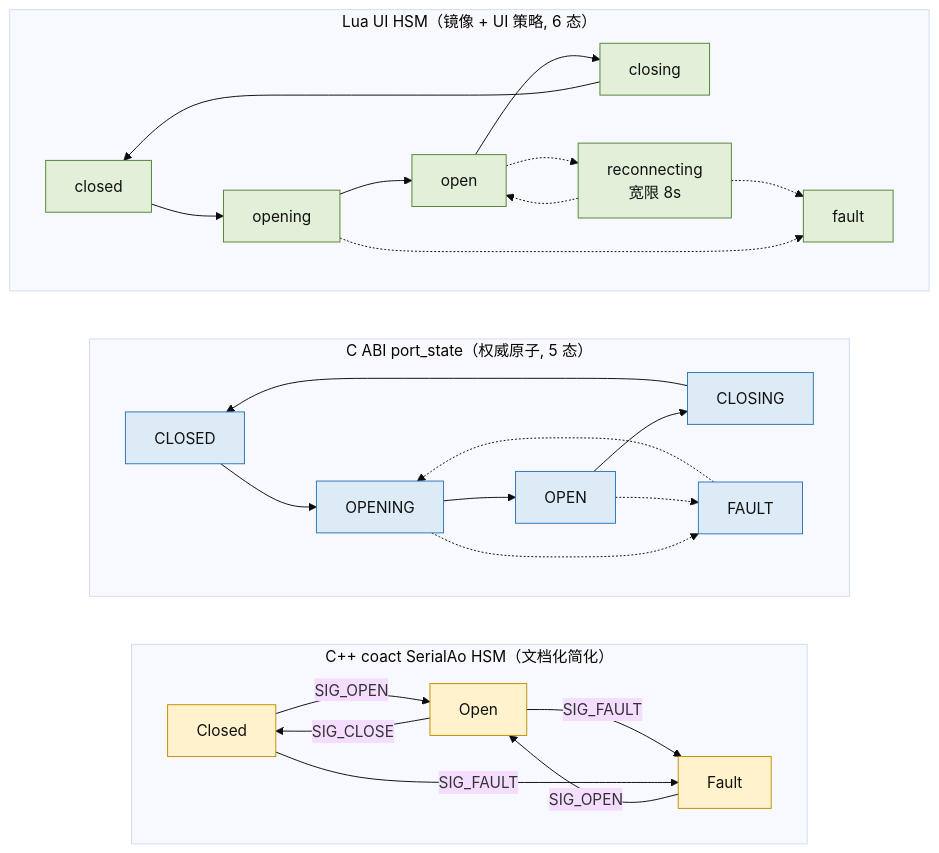
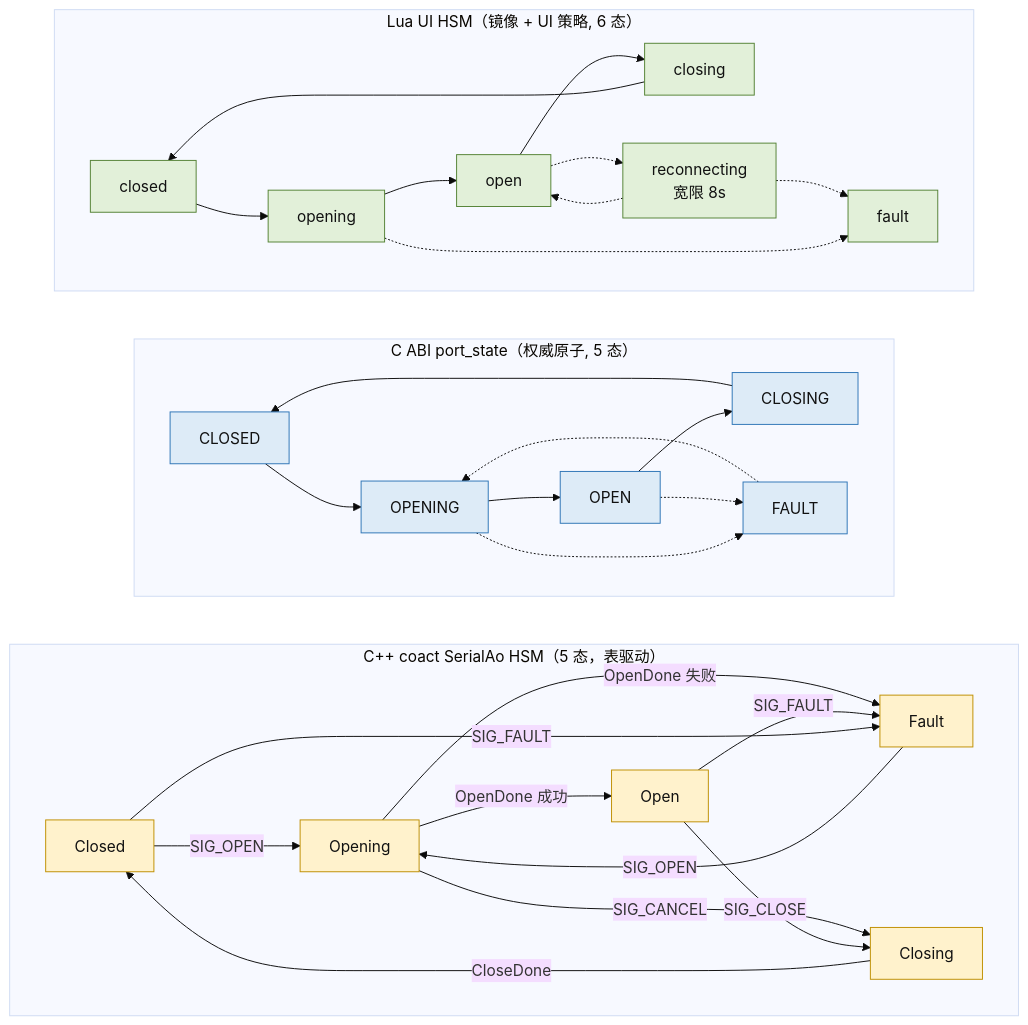
The third of 5 diagrams in docs/architecture.md (DeguiLiu/xcom_lua), drawn with Mermaid before and after one commit. The commit also changed other lines of this file and 19 other files, not shown here.

````diff
--- a/docs/architecture.md
+++ b/docs/architecture.md
@@ -153,31 +155,35 @@
 ```mermaid
 %%{init: {'theme':'base','themeVariables':{'fontFamily':'monospace'}}}%%
 flowchart LR
   classDef hsm fill:#FFF2CC,stroke:#BF8F00,color:#111
   classDef abi fill:#DDEBF7,stroke:#2E75B6,color:#111
   classDef ui fill:#E2F0D9,stroke:#548235,color:#111
 
-  subgraph A["C++ coact SerialAo HSM（文档化简化）"]
+  subgraph A["C++ coact SerialAo HSM（5 态，表驱动）"]
     direction LR
-    SC["Closed"]:::hsm -->|SIG_OPEN| SO["Open"]:::hsm
-    SO -->|SIG_CLOSE| SC
-    SO -->|SIG_FAULT| SF["Fault"]:::hsm
+    SC["Closed"]:::hsm -->|SIG_OPEN| SO["Opening"]:::hsm
+    SO -->|OpenDone 成功| SOPEN["Open"]:::hsm
+    SO -->|OpenDone 失败| SF["Fault"]:::hsm
+    SO -->|SIG_CANCEL| SCL["Closing"]:::hsm
+    SOPEN -->|SIG_CLOSE| SCL
+    SCL -->|CloseDone| SC
+    SOPEN -->|SIG_FAULT| SF
     SC -->|SIG_FAULT| SF
     SF -->|SIG_OPEN| SO
   end
   subgraph B["C ABI port_state（权威原子, 5 态）"]
     direction LR
     B0["CLOSED"]:::abi --> B1["OPENING"]:::abi --> B2["OPEN"]:::abi --> B3["CLOSING"]:::abi --> B0
     B1 -.-> B4["FAULT"]:::abi
     B2 -.-> B4
     B4 -.-> B1
   end
   subgraph C["Lua UI HSM（镜像 + UI 策略, 6 态）"]
     direction LR
     C0["closed"]:::ui --> C1["opening"]:::ui --> C2["open"]:::ui --> C3["closing"]:::ui --> C0
     C2 -.-> CR["reconnecting<br/>宽限 8s"]:::ui
     CR -.-> C2
     CR -.-> CF["fault"]:::ui
     C1 -.-> CF
   end
 ```
````
